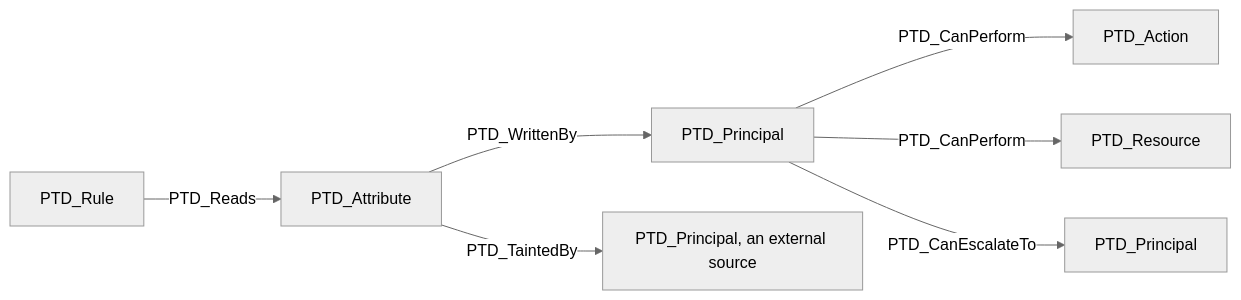
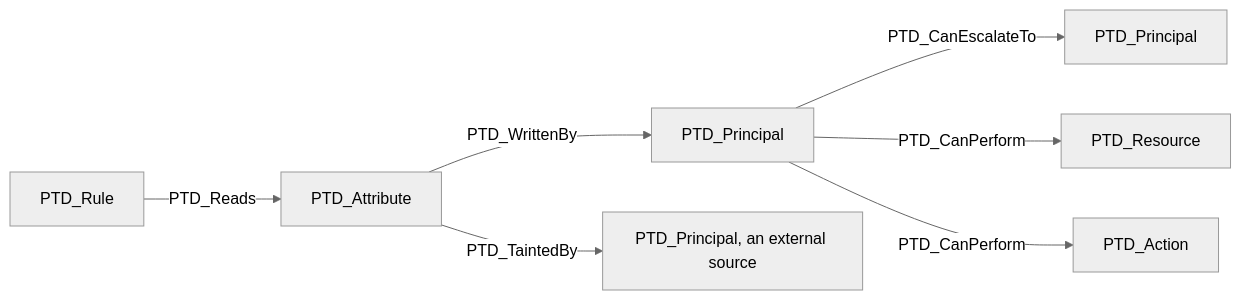
The diagram in README.md (saluc28/petard), drawn with Mermaid (neutral theme) before and after one commit. The commit also changed other lines of this file and 1 other file, not shown here.

````diff
--- a/README.md
+++ b/README.md
@@ -125,9 +125,9 @@
 ```mermaid
 graph LR
   Rule[PTD_Rule] -->|PTD_Reads| Attribute[PTD_Attribute]
   Attribute -->|PTD_WrittenBy| Principal[PTD_Principal]
+  Principal -->|PTD_CanEscalateTo| Other[PTD_Principal]
+  Principal -->|PTD_CanPerform| Resource[PTD_Resource]
+  Principal -->|PTD_CanPerform| Action[PTD_Action]
   Attribute -->|PTD_TaintedBy| Source["PTD_Principal, an external source"]
-  Principal -->|PTD_CanPerform| Action[PTD_Action]
-  Principal -->|PTD_CanPerform| Resource[PTD_Resource]
-  Principal -->|PTD_CanEscalateTo| Other[PTD_Principal]
 ```
````
